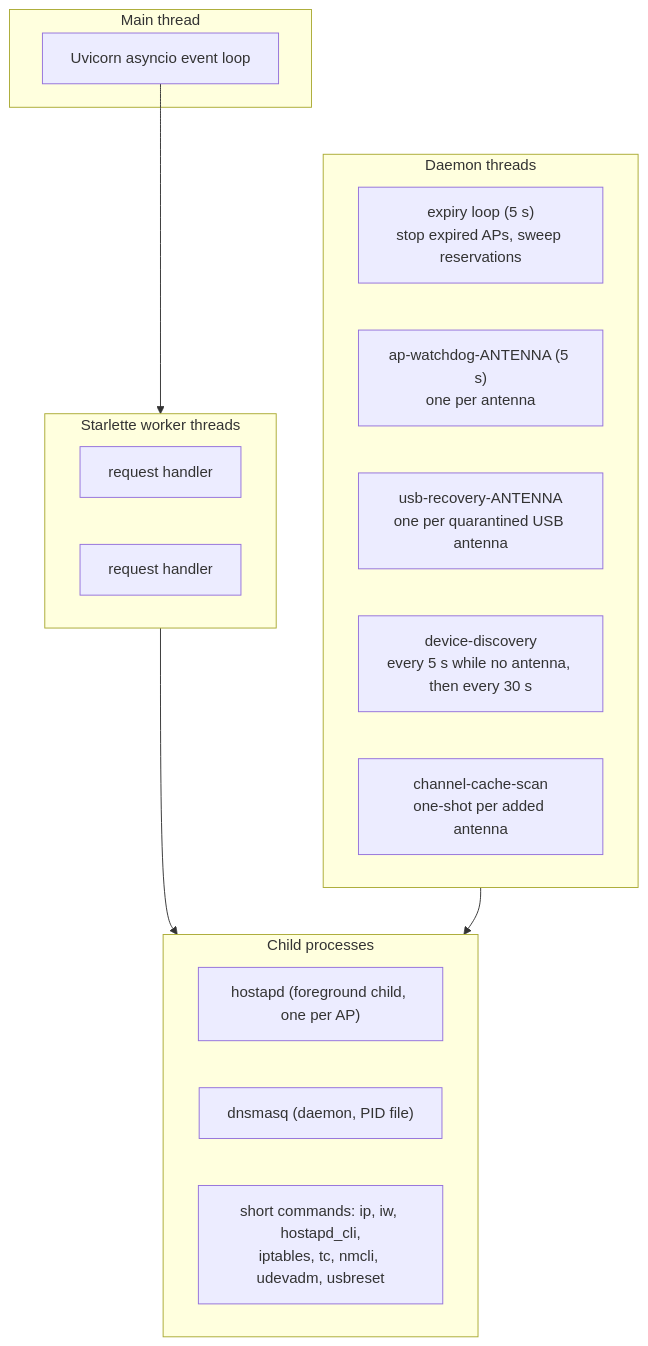
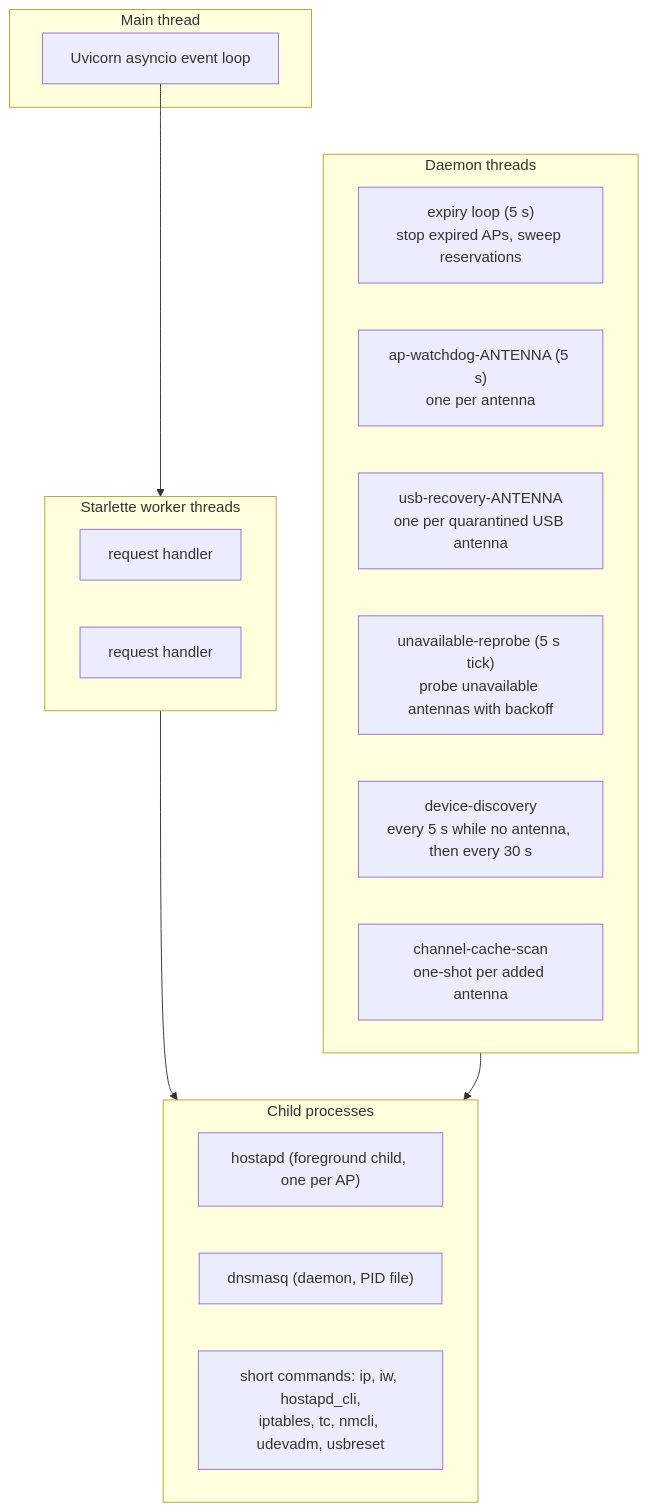
Before and after one commit to caporalesimone/wi-lab: the fifth of 14 diagrams in docs/architecture.md, drawn with Mermaid. The commit also changed other lines of this file and 14 other files, not shown here.

First line of the commit message:
fix(recovery): re-probe unavailable adapters and survive vanished interfaces

````diff
--- a/docs/architecture.md
+++ b/docs/architecture.md
@@ -228,25 +228,26 @@
 ```mermaid
 flowchart TB
     subgraph EventLoop["Main thread"]
         EL["Uvicorn asyncio event loop"]
     end
     subgraph Pool["Starlette worker threads"]
         H1["request handler"]
         H2["request handler"]
     end
     subgraph Background["Daemon threads"]
         EX["expiry loop (5 s)<br/>stop expired APs, sweep reservations"]
         WDT["ap-watchdog-ANTENNA (5 s)<br/>one per antenna"]
         UR["usb-recovery-ANTENNA<br/>one per quarantined USB antenna"]
+        RP["unavailable-reprobe (5 s tick)<br/>probe unavailable antennas with backoff"]
         DS["device-discovery<br/>every 5 s while no antenna, then every 30 s"]
         CC["channel-cache-scan<br/>one-shot per added antenna"]
     end
     subgraph Children["Child processes"]
         HP["hostapd (foreground child, one per AP)"]
         DQ["dnsmasq (daemon, PID file)"]
         SC["short commands: ip, iw, hostapd_cli,<br/>iptables, tc, nmcli, udevadm, usbreset"]
     end
     EL --> Pool
     Pool --> Children
     Background --> Children
 ```
````
